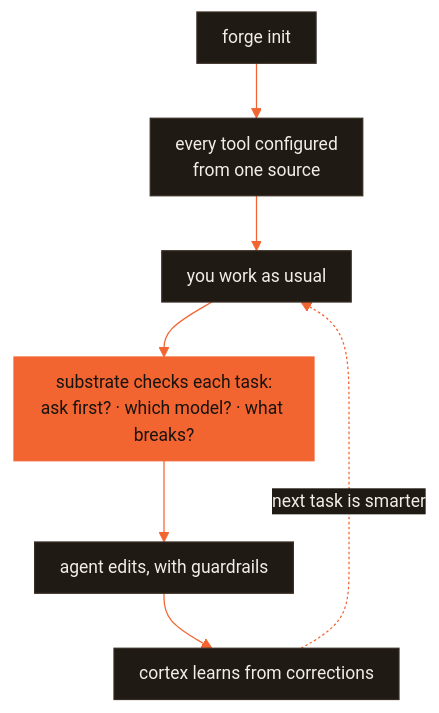
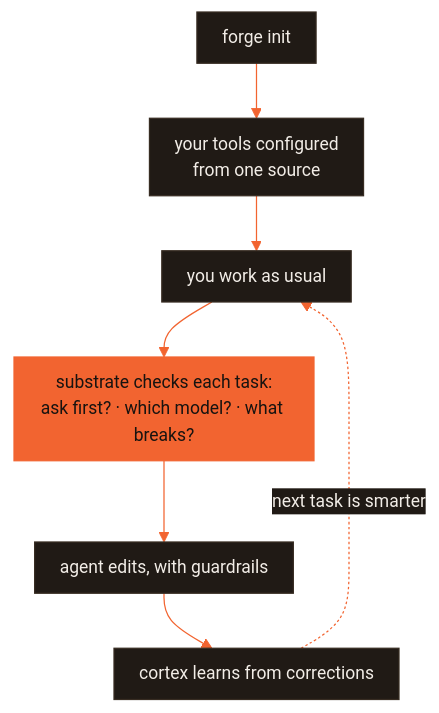
One commit to CodeWithJuber/forgekit changed the diagram in ONBOARDING.md. Above: the diagram before and after it, drawn with Mermaid. The commit also changed 13 other files, not shown here.

First line of the commit message:
feat(init): honour the recorded tool set in integrations and `forge tools`

````diff
--- a/ONBOARDING.md
+++ b/ONBOARDING.md
@@ -13,12 +13,12 @@
 ```mermaid
 %%{init: {'theme':'base','themeVariables':{'primaryColor':'#201a15','primaryTextColor':'#f2ede7','primaryBorderColor':'#372c22','lineColor':'#f26430','secondaryColor':'#272019','tertiaryColor':'#171310','edgeLabelBackground':'#201a15','clusterBkg':'#171310','clusterBorder':'#4a3b2e','fontFamily':'ui-sans-serif, system-ui, sans-serif','fontSize':'14px'},'flowchart':{'curve':'basis','padding':10,'nodeSpacing':36,'rankSpacing':44}}}%%
 flowchart TD
-    I["forge init"] --> Cfg["every tool configured<br/>from one source"]
+    I["forge init"] --> Cfg["your tools configured<br/>from one source"]
     Cfg --> Work["you work as usual"]
     Work --> Gate["substrate checks each task:<br/>ask first? · which model? · what breaks?"]
     Gate --> Edit["agent edits, with guardrails"]
     Edit --> Learn["cortex learns from corrections"]
     Learn -.->|next task is smarter| Work
     classDef accent fill:#f26430,stroke:#f26430,color:#171310;
     class Gate accent;
 ```
````
